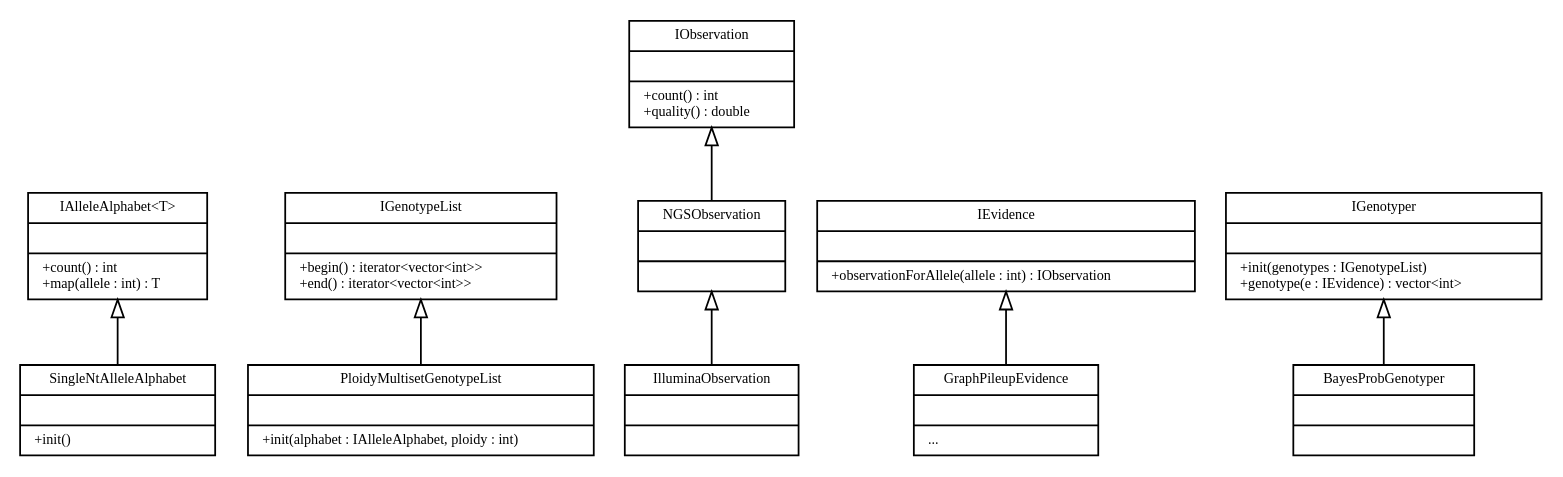
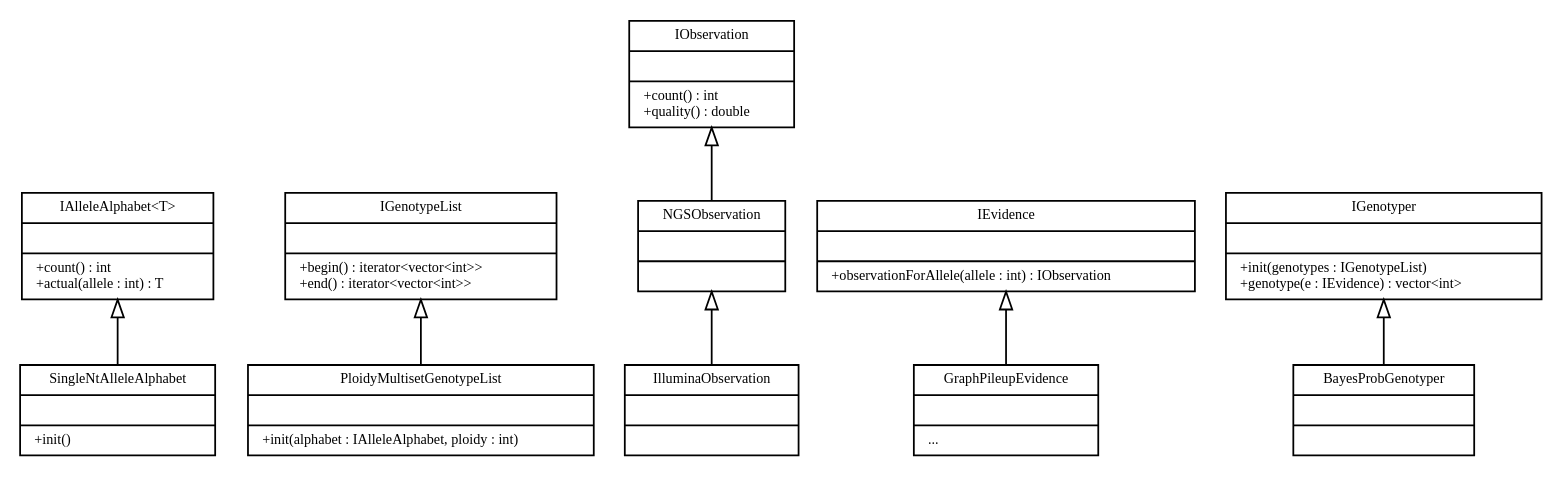
Before and after one commit to YiCppLib/BayesGenotyper: the diagram in doc/design.dot, drawn with Graphviz. The commit also changed 8 other files, not shown here.

Commit message:
Implemented IAlleleAlphabet and SingleNtAlleleAlphabet

```diff
--- a/doc/design.dot
+++ b/doc/design.dot
@@ -1,77 +1,77 @@
 digraph G {
 	fontname = "Bitstream Vera Sans"
 	fontsize = 8
 	rankdir=BT;
 
 	node [
 		fontname = "Bitstream Vera Sans"
 		fontsize = 8
 		shape = "record"
 	]
 
 	edge [
 		fontname = "Bitstream Vera Sans"
 		fontsize = 8
 	]
 
 	IAlleleAlphabet [
-		label = "{IAlleleAlphabet\<T\>||+count() : int\l+map(allele : int) : T\l}"
+		label = "{IAlleleAlphabet\<T\>||+count() : int\l+actual(allele : int) : T\l}"
 	]
 
 	SingleNtAlleleAlphabet [
 		label = "{SingleNtAlleleAlphabet||+init()\l}"
 	]
 
 	edge [
 		arrowhead = "empty"
 	]
 
 	SingleNtAlleleAlphabet -> IAlleleAlphabet
 
 
 	IGenotypeList [
 		label = "{IGenotypeList||+begin() : iterator\<vector\<int\>\>\l+end() : iterator\<vector\<int\>\>\l}"
 	]
 
 	PloidyMultisetGenotypeList [
 		label = "{PloidyMultisetGenotypeList||+init(alphabet : IAlleleAlphabet, ploidy : int)\l}"
 	]
 
 	PloidyMultisetGenotypeList -> IGenotypeList
 
 	IObservation [
 		label = "{IObservation||+count() : int\l+quality() : double\l}"
 	]
 
 	NGSObservation [
 		label = "{NGSObservation||}"
 	]
 
 	IlluminaObservation [
 		label = "{IlluminaObservation||}"
 	]
 
 	NGSObservation -> IObservation
 	IlluminaObservation -> NGSObservation
 
 	IEvidence [
 		label = "{IEvidence||+observationForAllele(allele : int) : IObservation\l}"
 	]
 
 	GraphPileupEvidence [
 		label = "{GraphPileupEvidence||...\l}"
 	]
 
 	GraphPileupEvidence -> IEvidence
 
 	IGenotyper [
 		label = "{IGenotyper||+init(genotypes : IGenotypeList)\l+genotype(e : IEvidence) : vector\<int\>\l}"
 	]
 
 	BayesProbGenotyper [
 		label = "{BayesProbGenotyper||}"
 	]
 
 	BayesProbGenotyper -> IGenotyper
 
 }
```
